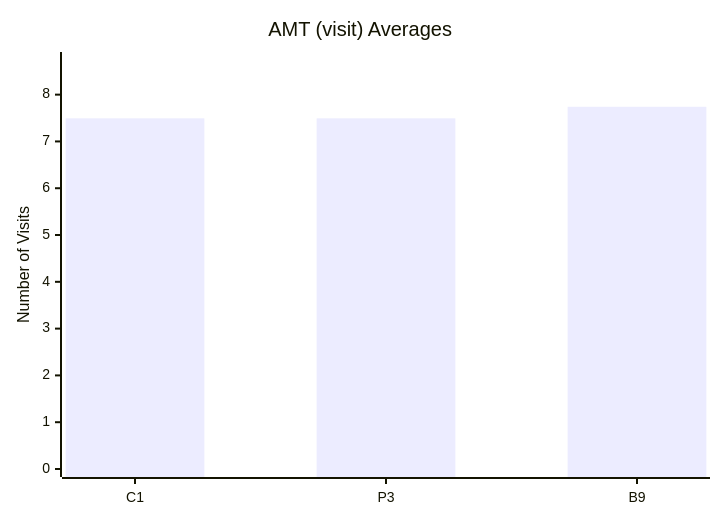
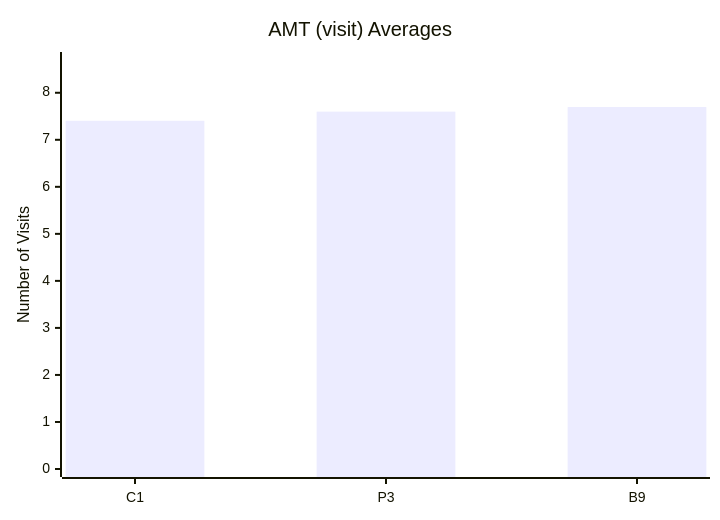
The tenth of 10 diagrams in test-tools/DataGen/src/Statistics_Visualizer.md (dhagan-va/intern-2025), drawn with Mermaid before and after one commit. The commit also changed other lines of this file, not shown here.

````diff
--- a/test-tools/DataGen/src/Statistics_Visualizer.md
+++ b/test-tools/DataGen/src/Statistics_Visualizer.md
@@ -106,7 +107,7 @@
 ```mermaid
 xychart-beta
     title "AMT (visit) Averages"
     x-axis ["C1", "P3", "B9"]
-    y-axis "Number of Visits" 0 --> 8.740259740259742
-    bar [7.4935064935064934, 7.4935064935064934, 7.740259740259741]
+    y-axis "Number of Visits" 0 --> 8.696651674162919
+    bar [7.4047976011994, 7.598700649675163, 7.6966516741629185]
 ```
````
